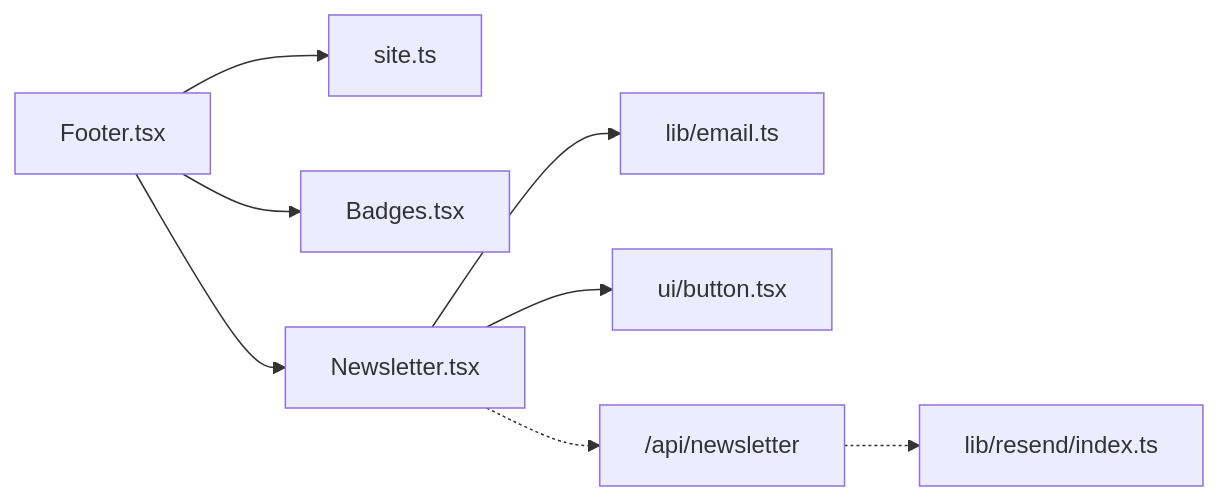
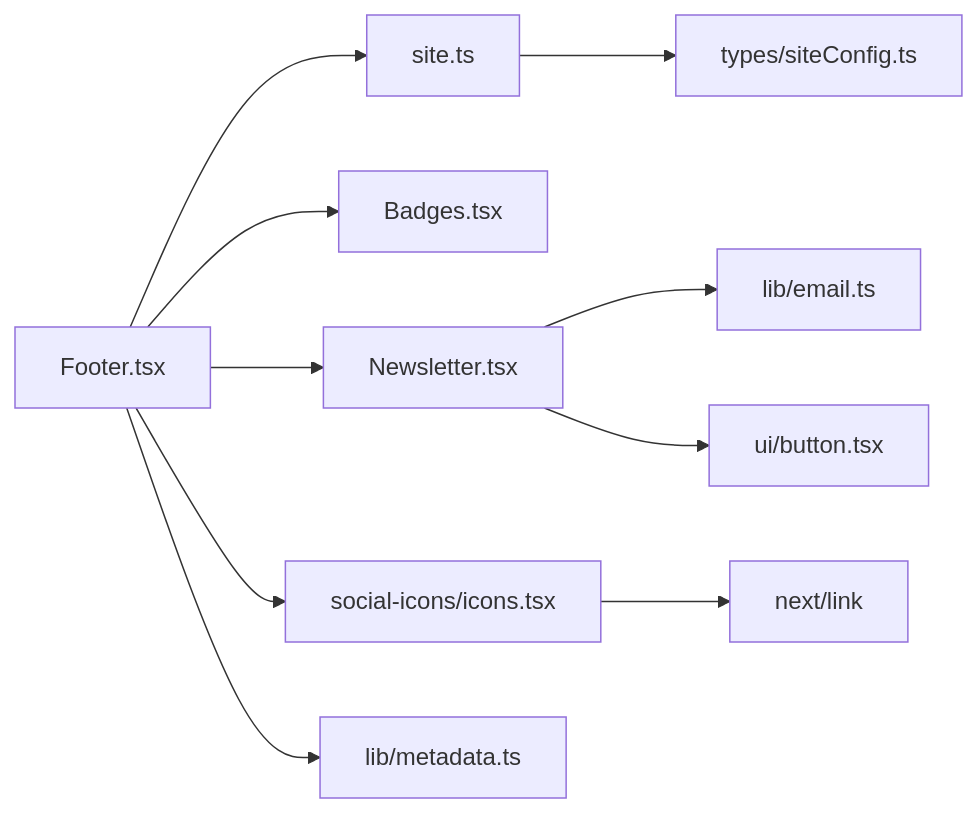
One commit to billychou/linkedin-answer changed the fourth of 4 diagrams in .qoder/repowiki/zh/content/用户界面组件/页脚系统.md. Above: the diagram before and after it, drawn with Mermaid. The commit also changed other lines of this file and 10 other files, not shown here.

````diff
--- a/.qoder/repowiki/zh/content/用户界面组件/页脚系统.md
+++ b/.qoder/repowiki/zh/content/用户界面组件/页脚系统.md
@@ -200,10 +239,12 @@
 ```mermaid
 graph LR
 Footer["Footer.tsx"] --> Site["site.ts"]
 Footer --> Badges["Badges.tsx"]
 Footer --> Newsletter["Newsletter.tsx"]
+Footer --> SocialIcons["social-icons/icons.tsx"]
 Newsletter --> Email["lib/email.ts"]
 Newsletter --> Btn["ui/button.tsx"]
-Newsletter -.-> API["/api/newsletter"]
-API -.-> Resend["lib/resend/index.ts"]
+SocialIcons --> NextLink["next/link"]
+Site --> SiteType["types/siteConfig.ts"]
+Footer --> Meta["lib/metadata.ts"]
 ```
````
